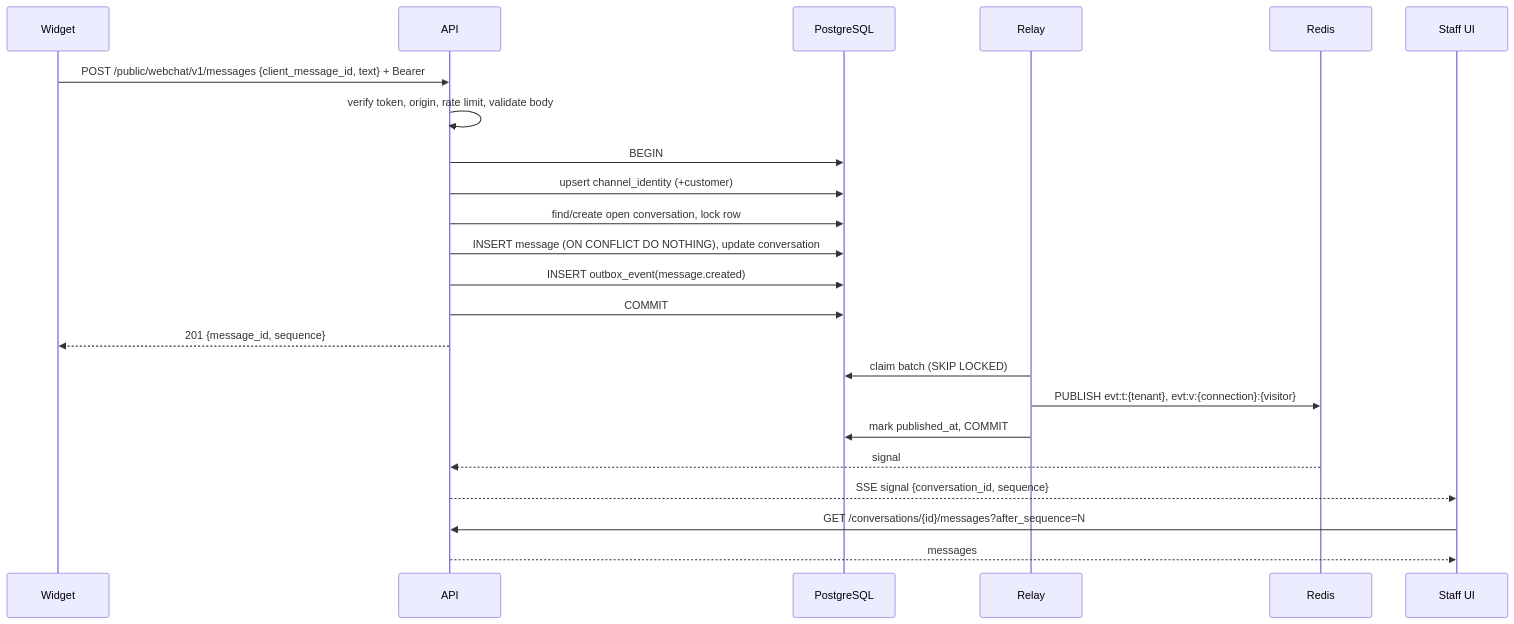
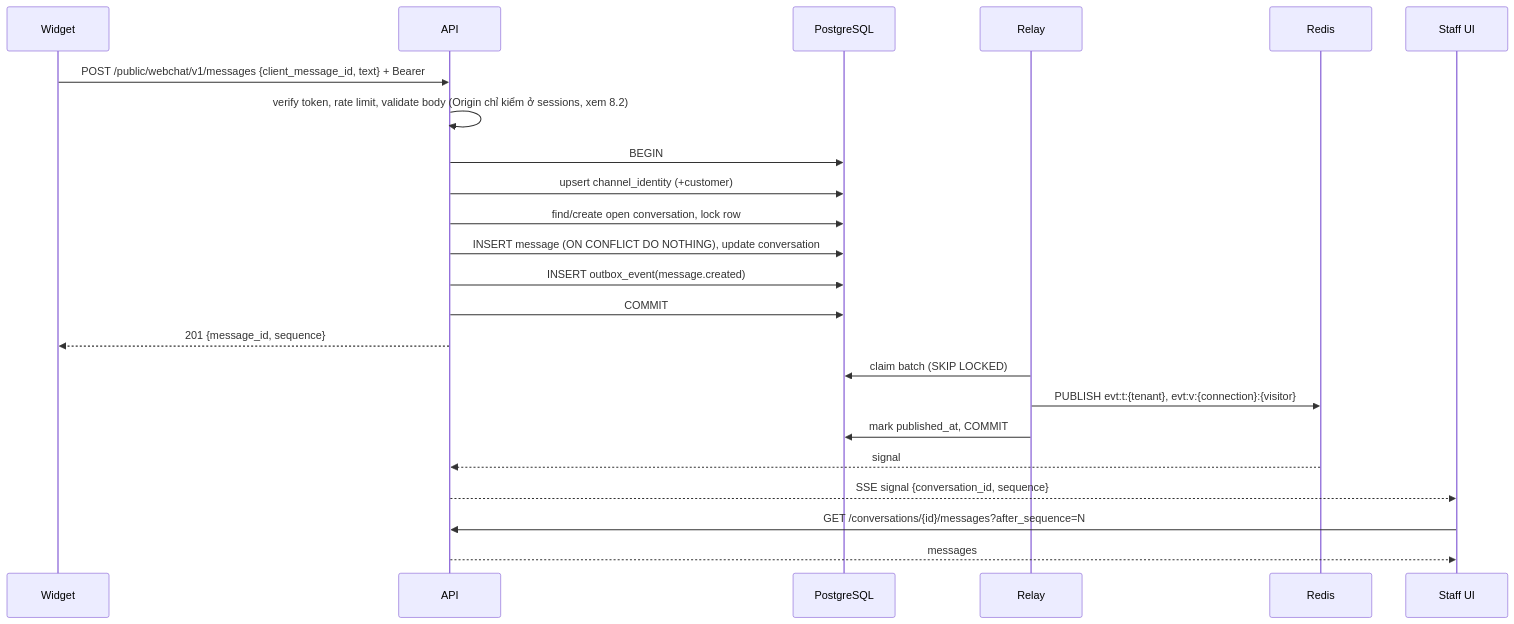
Before and after one commit to ziu222/assistance-chatbot: the second of 4 diagrams in docs/design/01-webchat-inbound-pipeline.md, drawn with Mermaid. The commit also changed other lines of this file and 1 other file, not shown here.

Commit message:
docs(docs): add step 1 review and hands-on test guide
Reviews design sections 1-3 against the merged code (scope coverage,
decisions, where the architecture was wrong or drifted, and what must
happen before step 2: a durable outbox consumer). Adds a section-by-
section plan for 4-10 with PowerShell commands, expected results and
the matching automated tests, all dry-run on a dev machine. The design
doc now states it is implemented and its inbound flow no longer claims
an origin check on message posts.

````diff
--- a/docs/design/01-webchat-inbound-pipeline.md
+++ b/docs/design/01-webchat-inbound-pipeline.md
@@ -90,26 +90,26 @@
 ```mermaid
 sequenceDiagram
     participant W as Widget
     participant A as API
     participant DB as PostgreSQL
     participant R as Relay
     participant X as Redis
     participant S as Staff UI
 
     W->>A: POST /public/webchat/v1/messages {client_message_id, text} + Bearer
-    A->>A: verify token, origin, rate limit, validate body
+    A->>A: verify token, rate limit, validate body (Origin chỉ kiểm ở sessions, xem 8.2)
     A->>DB: BEGIN
     A->>DB: upsert channel_identity (+customer)
     A->>DB: find/create open conversation, lock row
     A->>DB: INSERT message (ON CONFLICT DO NOTHING), update conversation
     A->>DB: INSERT outbox_event(message.created)
     A->>DB: COMMIT
     A-->>W: 201 {message_id, sequence}
     R->>DB: claim batch (SKIP LOCKED)
     R->>X: PUBLISH evt:t:{tenant}, evt:v:{connection}:{visitor}
     R->>DB: mark published_at, COMMIT
     X-->>A: signal
     A-->>S: SSE signal {conversation_id, sequence}
     S->>A: GET /conversations/{id}/messages?after_sequence=N
     A-->>S: messages
 ```
````
